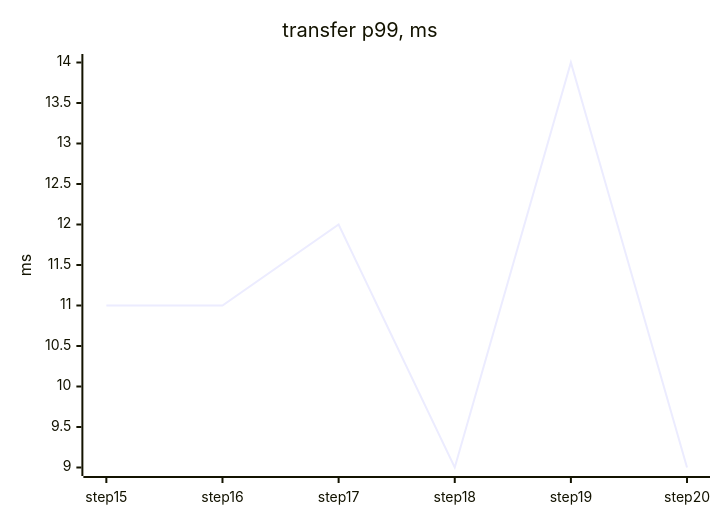
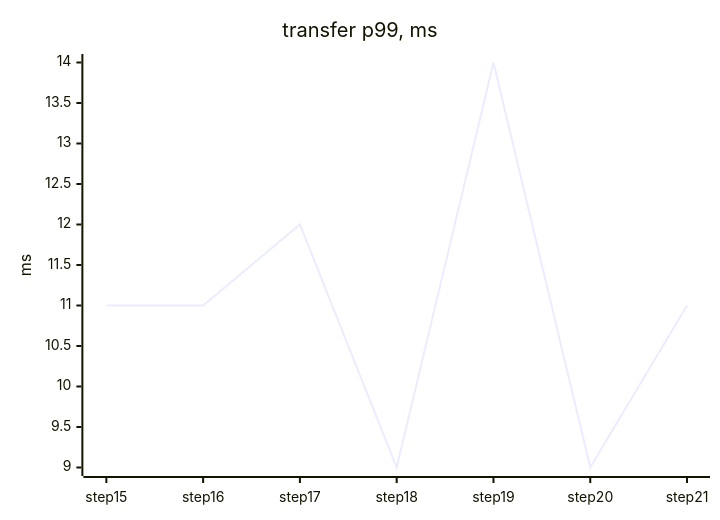
Before and after one commit to tanvoid0/ledgerflow: the first of 4 diagrams in docs/perf/README.md, drawn with Mermaid. The commit also changed other lines of this file and 6 other files, not shown here.

````diff
--- a/docs/perf/README.md
+++ b/docs/perf/README.md
@@ -23,7 +24,7 @@
 ```mermaid
 xychart-beta
     title "transfer p99, ms"
-    x-axis ["step15", "step16", "step17", "step18", "step19", "step20"]
+    x-axis ["step15", "step16", "step17", "step18", "step19", "step20", "step21"]
     y-axis "ms"
-    line [11, 11, 12, 9, 14, 9]
+    line [11, 11, 12, 9, 14, 9, 11]
 ```
````
